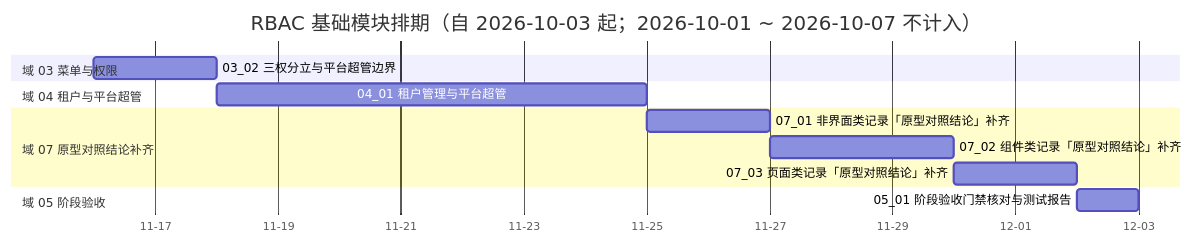
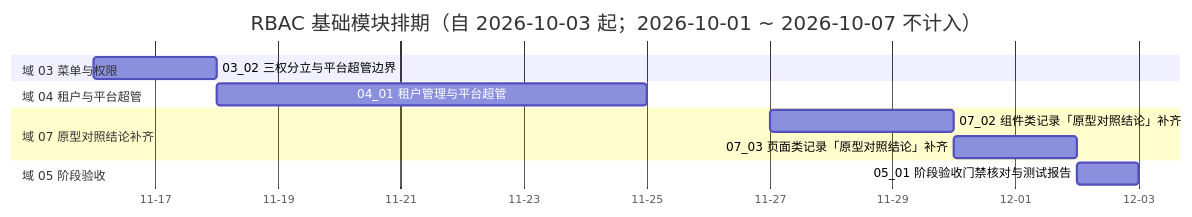
One commit to minjian123/basic-management-system changed the diagram in bms文档/项目/07_RBAC基础模块/计划/01_计划_RBAC基础模块.md. Above: the diagram before and after it, drawn with Mermaid. The commit also changed other lines of this file and 44 other files, not shown here.

````diff
--- a/bms文档/项目/07_RBAC基础模块/计划/01_计划_RBAC基础模块.md
+++ b/bms文档/项目/07_RBAC基础模块/计划/01_计划_RBAC基础模块.md
@@ -61,18 +63,17 @@
 ```mermaid
 gantt
     title RBAC 基础模块排期（自 2026-10-03 起；2026-10-01 ~ 2026-10-07 不计入）
     dateFormat  YYYY-MM-DD
     axisFormat %m-%d
     section 域 01 插件化挂接
     section 域 03 菜单与权限
     03_02 三权分立与平台超管边界 :a0302, 2026-11-16, 2d
     section 域 02 用户与角色
     section 域 04 租户与平台超管
     04_01 租户管理与平台超管 :a0401, 2026-11-18, 7d
     section 域 07 原型对照结论补齐
-    07_01 非界面类记录「原型对照结论」补齐 :a0701, 2026-11-25, 2d
     07_02 组件类记录「原型对照结论」补齐 :a0702, 2026-11-27, 3d
     07_03 页面类记录「原型对照结论」补齐 :a0703, 2026-11-30, 2d
     section 域 05 阶段验收
     05_01 阶段验收门禁核对与测试报告 :a0501, 2026-12-02, 1d
 ```
````
